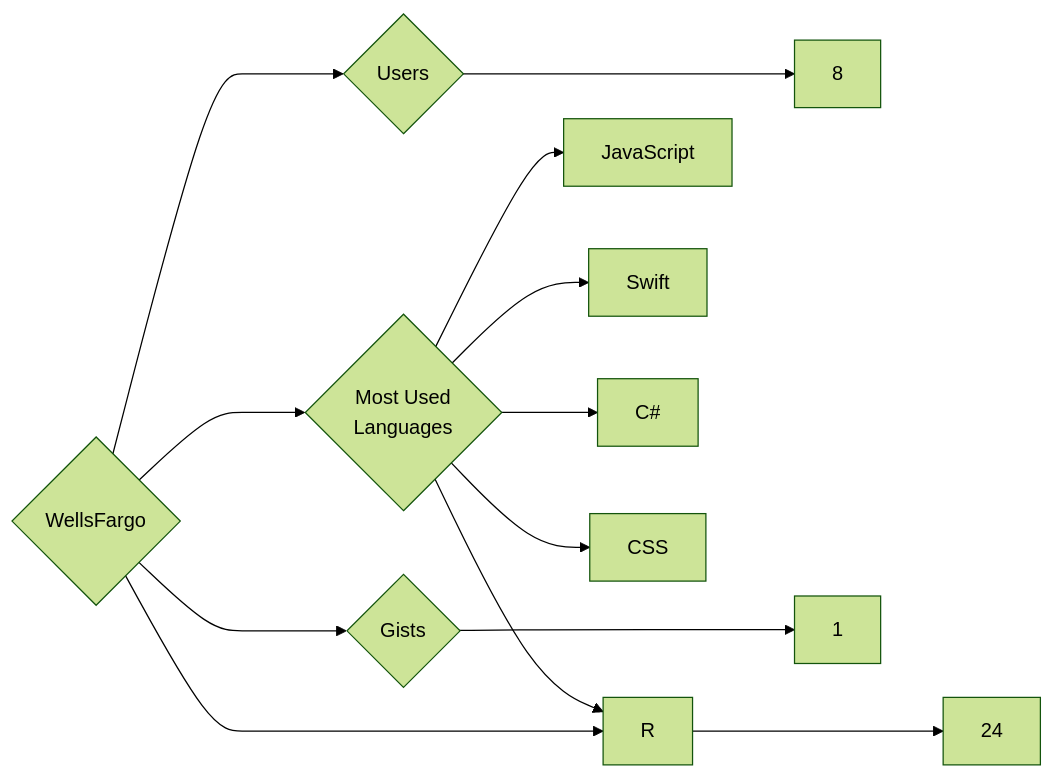
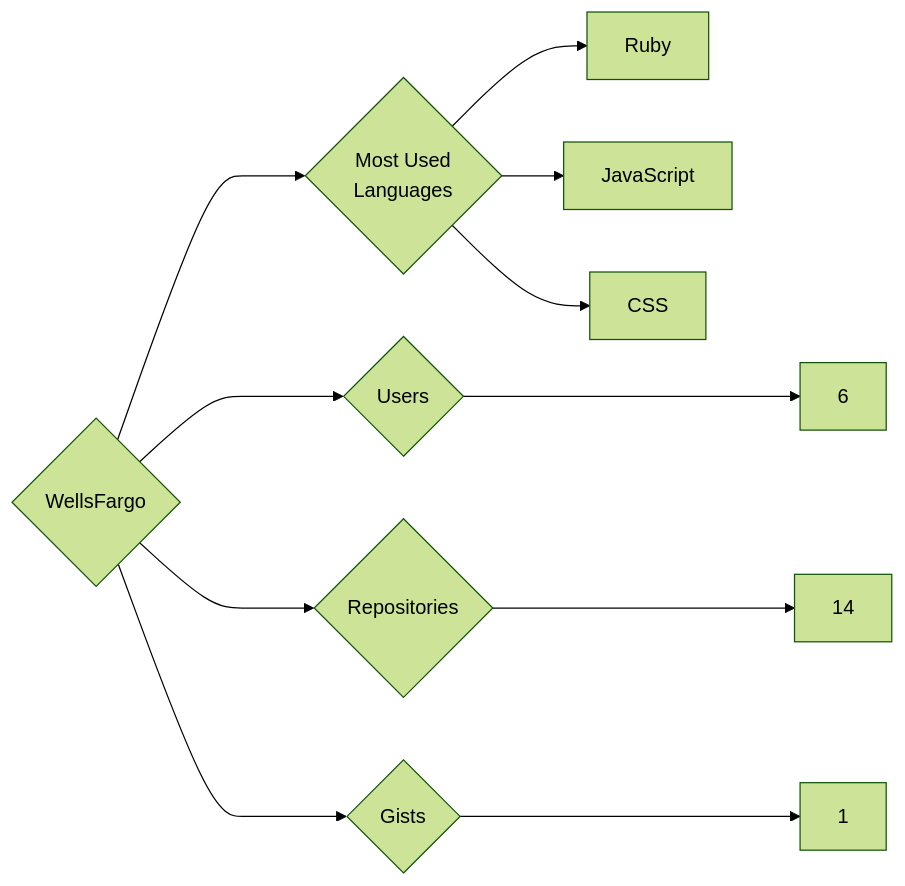
One commit to trickest/insiders changed the diagram in targets/WellsFargo/README.md. Above: the diagram before and after it, drawn with Mermaid (forest theme). The commit also changed 1389 other files, not shown here.

````diff
--- a/targets/WellsFargo/README.md
+++ b/targets/WellsFargo/README.md
@@ -3,13 +3,11 @@
 ```mermaid
 graph LR
 COMPANY_NAME{WellsFargo}
-COMPANY_NAME ---> U{Users} ---> UN[8]
-COMPANY_NAME ---> R{Repositories} ---> RN[24]
+COMPANY_NAME ---> U{Users} ---> UN[6]
+COMPANY_NAME ---> R{Repositories} ---> RN[14]
 COMPANY_NAME ---> G{Gists} ---> GN[1]
 COMPANY_NAME ---> ML{Most Used<br>Languages}
+ML --> Ruby[Ruby]
 ML --> JavaScript[JavaScript]
-ML --> Swift[Swift]
-ML --> C#[C#]
-ML --> R[R]
 ML --> CSS[CSS]
 ```
````
